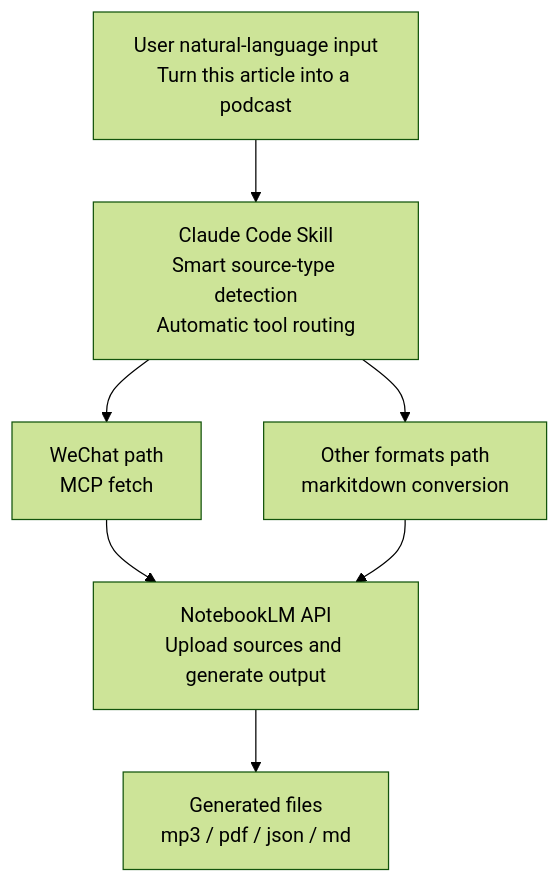
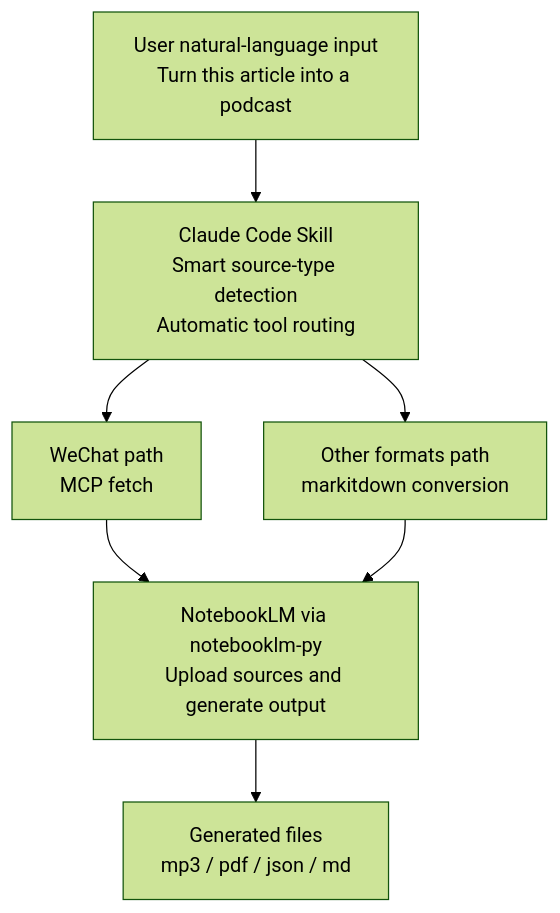
The sixth of 6 diagrams in README.md (yel-hadd/anything-to-notebooklm), drawn with Mermaid (forest theme) before and after one commit. The commit also changed other lines of this file, not shown here.

Commit message:
docs(readme): convert remaining ASCII flows to Mermaid and harden setup guidance

````diff
--- a/README.md
+++ b/README.md
@@ -299,16 +307,16 @@
 ```mermaid
 flowchart TD
     userInput["User natural-language input<br/>Turn this article into a podcast"]
     skillRouter["Claude Code Skill<br/>Smart source-type detection<br/>Automatic tool routing"]
     wechatPath["WeChat path<br/>MCP fetch"]
     formatPath["Other formats path<br/>markitdown conversion"]
-    notebooklmApi["NotebookLM API<br/>Upload sources and generate output"]
+    notebooklmApi["NotebookLM via notebooklm-py<br/>Upload sources and generate output"]
     outputs["Generated files<br/>mp3 / pdf / json / md"]
 
     userInput --> skillRouter
     skillRouter --> wechatPath
     skillRouter --> formatPath
     wechatPath --> notebooklmApi
     formatPath --> notebooklmApi
     notebooklmApi --> outputs
 ```
````
